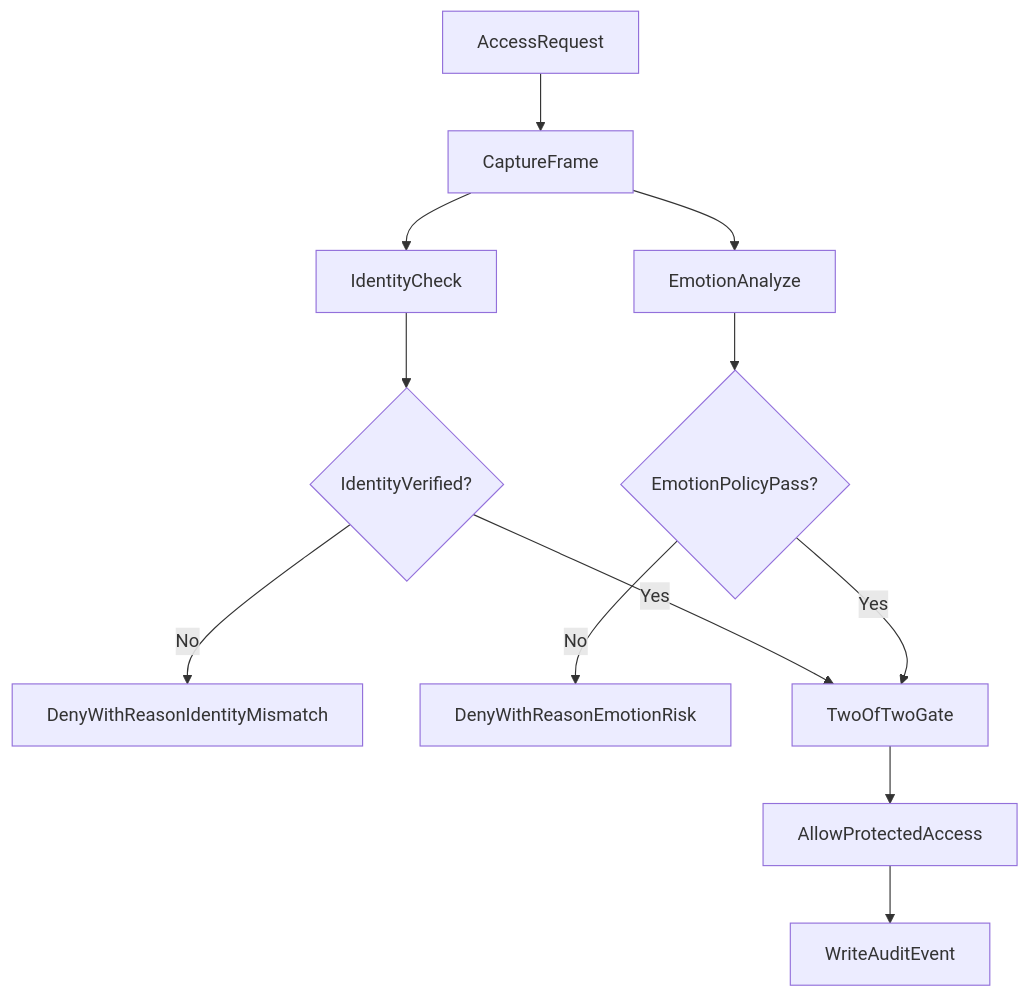
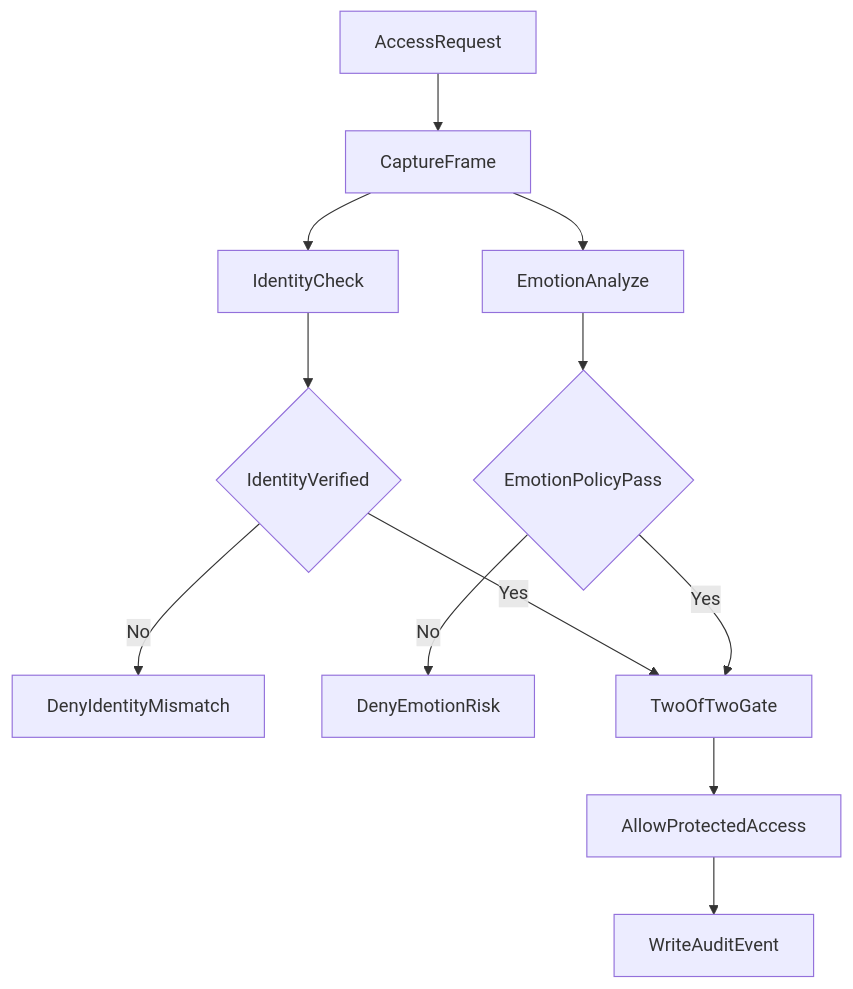
The diagram in README.md (tedwhirring569/gatekeeper), drawn with Mermaid before and after one commit. The commit also changed other lines of this file and 1 other file, not shown here.

Commit message:
Fix README diagram rendering and add contributing guide

````diff
--- a/README.md
+++ b/README.md
@@ -38,14 +38,14 @@
 ```mermaid
 flowchart TD
     start[AccessRequest] --> capture[CaptureFrame]
     capture --> identity[IdentityCheck]
     capture --> emotion[EmotionAnalyze]
-    identity --> identityPass{IdentityVerified?}
-    emotion --> emotionPass{EmotionPolicyPass?}
-    identityPass -->|"No"| denyIdentity[DenyWithReasonIdentityMismatch]
-    emotionPass -->|"No"| denyEmotion[DenyWithReasonEmotionRisk]
-    identityPass -->|"Yes"| gateJoin[TwoOfTwoGate]
-    emotionPass -->|"Yes"| gateJoin
+    identity --> identityPass{IdentityVerified}
+    emotion --> emotionPass{EmotionPolicyPass}
+    identityPass -- No --> denyIdentity[DenyIdentityMismatch]
+    emotionPass -- No --> denyEmotion[DenyEmotionRisk]
+    identityPass -- Yes --> gateJoin[TwoOfTwoGate]
+    emotionPass -- Yes --> gateJoin
     gateJoin --> allow[AllowProtectedAccess]
     allow --> audit[WriteAuditEvent]
 ```
````
